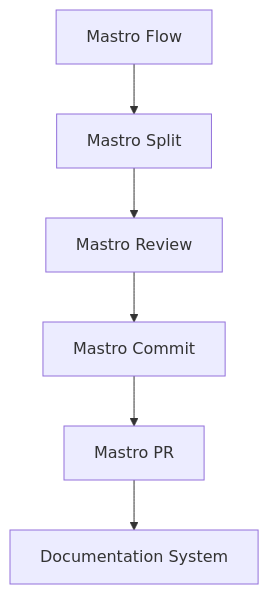
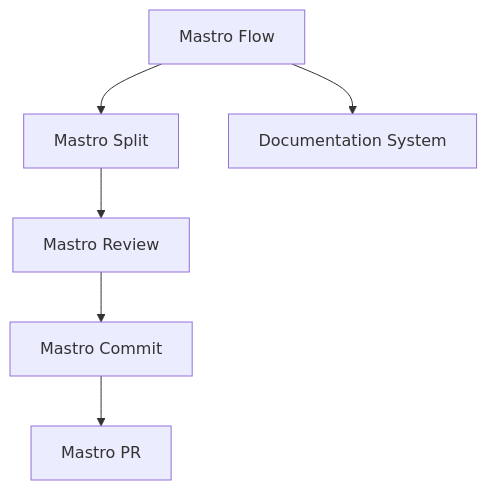
One commit to geogoesbeepboop/mastro changed the first of 2 diagrams in docs/ARCHITECTURE.md. Above: the diagram before and after it, drawn with Mermaid. The commit also changed other lines of this file and 5 other files, not shown here.

First line of the commit message:
feat: implement mastro flow for interactive UI components

````diff
--- a/docs/ARCHITECTURE.md
+++ b/docs/ARCHITECTURE.md
@@ -38,8 +38,8 @@
 ```mermaid
 graph TD;
     A[Mastro Flow] --> B[Mastro Split];
     B --> C[Mastro Review];
     C --> D[Mastro Commit];
     D --> E[Mastro PR];
-    E --> F[Documentation System];
+    A --> F[Documentation System];
 ```
````
